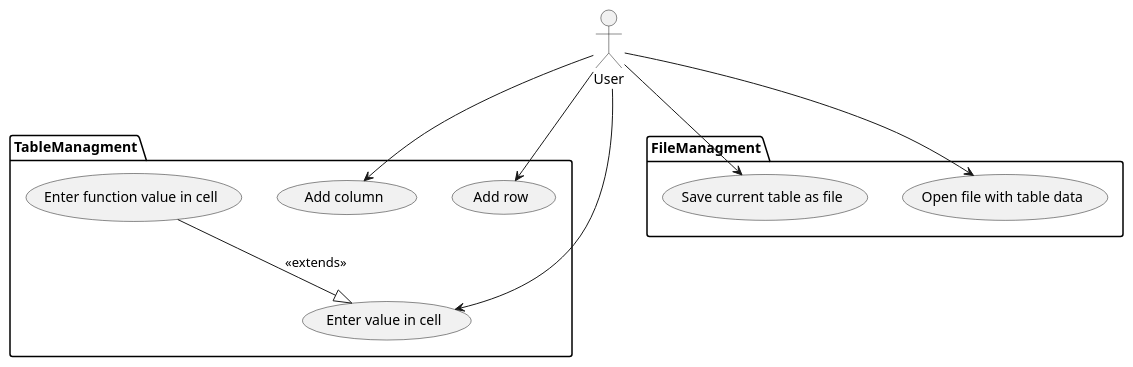
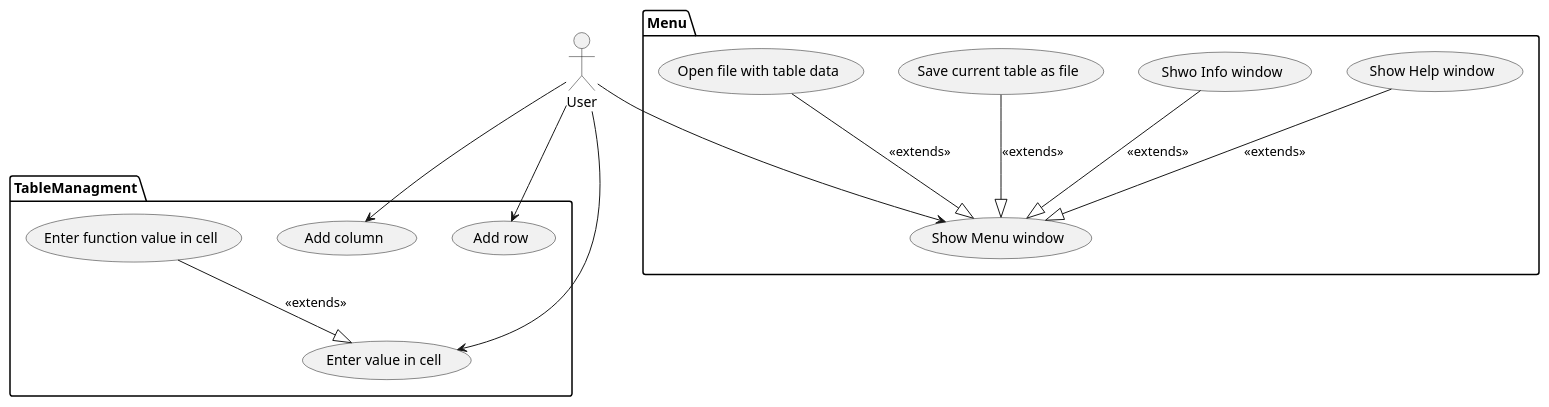
Before and after one commit to Gohnnyman/Horrible-Excel: the diagram in UserCaseDiagram.puml, drawn with PlantUML. The commit also changed 3 other files, not shown here.

Commit message:
uml updated

```diff
--- a/UserCaseDiagram.puml
+++ b/UserCaseDiagram.puml
@@ -1,28 +1,36 @@
 @startuml UseCaseDiagram
 
 package TableManagment {
     usecase addCol as "Add column"
     usecase addRow as "Add row"
     usecase enterVal as "Enter value in cell"
     usecase enterFunc as "Enter function value in cell"
 
+
     enterFunc --|> enterVal: "<<extends>>"
 }
 
-package FileManagment {
+package Menu {
+    usecase showHelp as "Show Help window"
+    usecase showMenu as "Show Menu window"
+    usecase showInfo as "Shwo Info window"
     usecase saveFile as "Save current table as file"
     usecase openFile as "Open file with table data"
+
+    showInfo --|> showMenu: "<<extends>>"
+    showHelp --|> showMenu: "<<extends>>"
+    saveFile --|> showMenu: "<<extends>>"
+    openFile --|> showMenu: "<<extends>>"
 }
 
 
 
  
 actor User
 
 User --> addCol
 User --> addRow
 User --> enterVal
-User --> openFile
-User --> saveFile
+User --> showMenu
 
 @enduml
```
